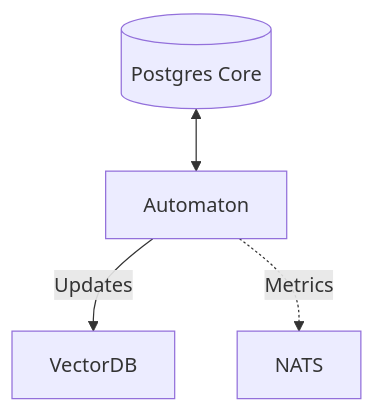
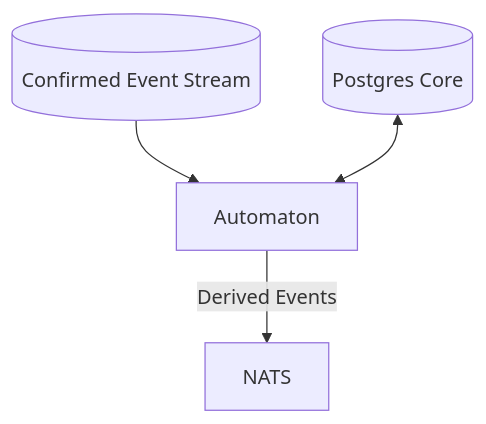
One commit to Sinity/sinex changed the second of 2 diagrams in crate/lib/sinex-node-sdk/docs/patterns.md. Above: the diagram before and after it, drawn with Mermaid. The commit also changed other lines of this file and 29 other files, not shown here.

````diff
--- a/crate/lib/sinex-node-sdk/docs/patterns.md
+++ b/crate/lib/sinex-node-sdk/docs/patterns.md
@@ -41,6 +43,6 @@
 ```mermaid
 graph TD
+    Stream[(Confirmed Event Stream)] --> Automaton
     DB[(Postgres Core)] <--> Automaton
-    Automaton -->|Updates| VectorDB
-    Automaton -.->|Metrics| NATS
+    Automaton -->|Derived Events| NATS
 ```
````
